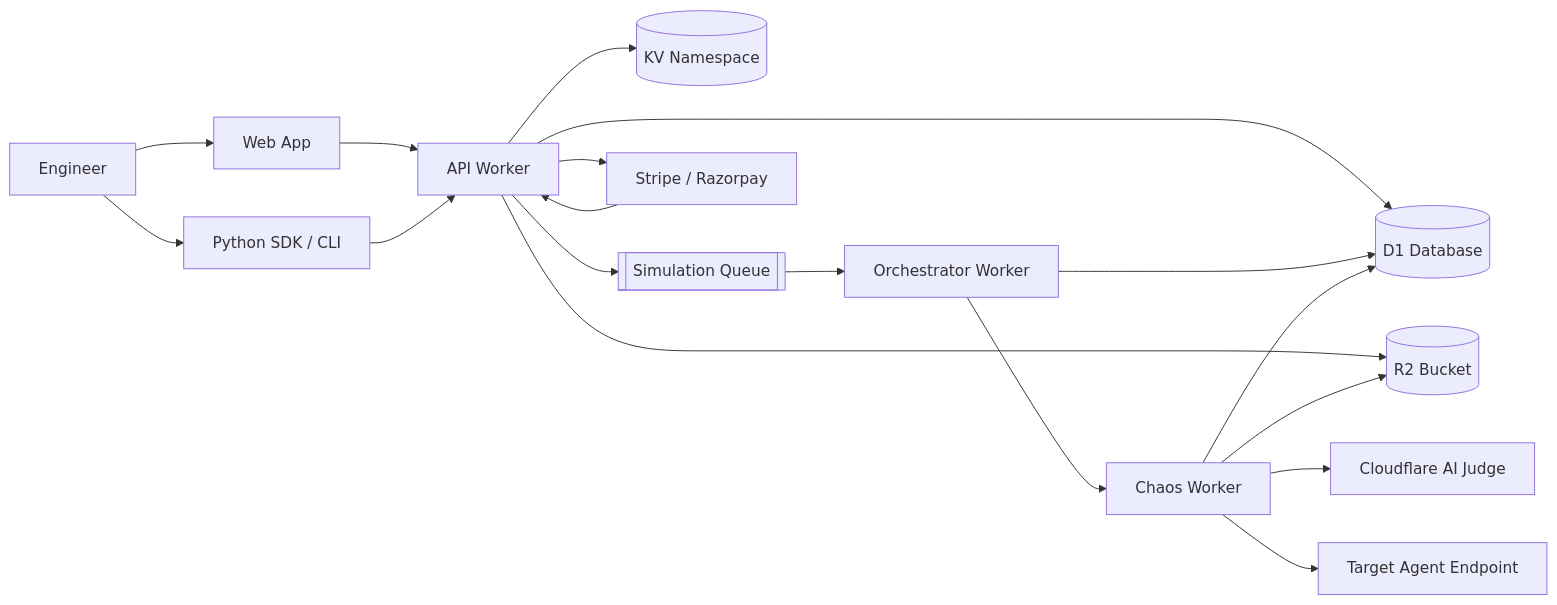
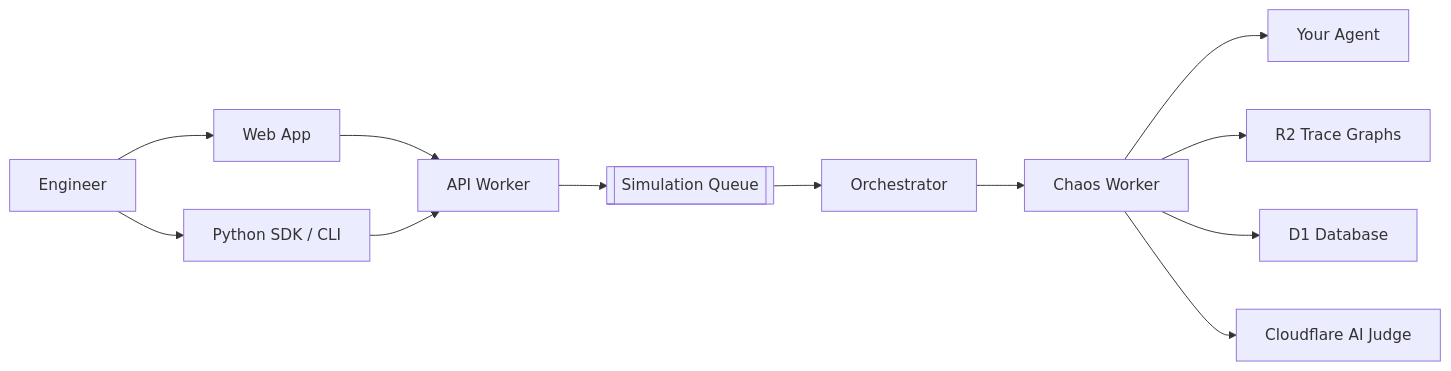
The diagram in profile/README.md (WatchLLM/.github), drawn with Mermaid before and after one commit. The commit also changed other lines of this file, not shown here.

````diff
--- a/profile/README.md
+++ b/profile/README.md
@@ -30,25 +85,15 @@
 ```mermaid
 flowchart LR
     U[Engineer] --> W[Web App]
     U --> S[Python SDK / CLI]
 
-    W --> API[API Worker]
-    S --> API
-
-    API --> D1[(D1 Database)]
-    API --> KV[(KV Namespace)]
-    API --> R2[(R2 Bucket)]
+    W & S --> API[API Worker]
     API --> Q[[Simulation Queue]]
-
-    Q --> ORCH[Orchestrator Worker]
-    ORCH --> D1
+    Q --> ORCH[Orchestrator]
     ORCH --> CHAOS[Chaos Worker]
-
-    CHAOS --> D1
-    CHAOS --> R2
+    
+    CHAOS --> AGENT[Your Agent]
+    CHAOS --> R2[R2 Trace Graphs]
+    CHAOS --> D1[D1 Database]
     CHAOS --> AI[Cloudflare AI Judge]
-    CHAOS --> AGENT[Target Agent Endpoint]
-
-    API --> PAY[Stripe / Razorpay]
-    PAY --> API
 ```
````
